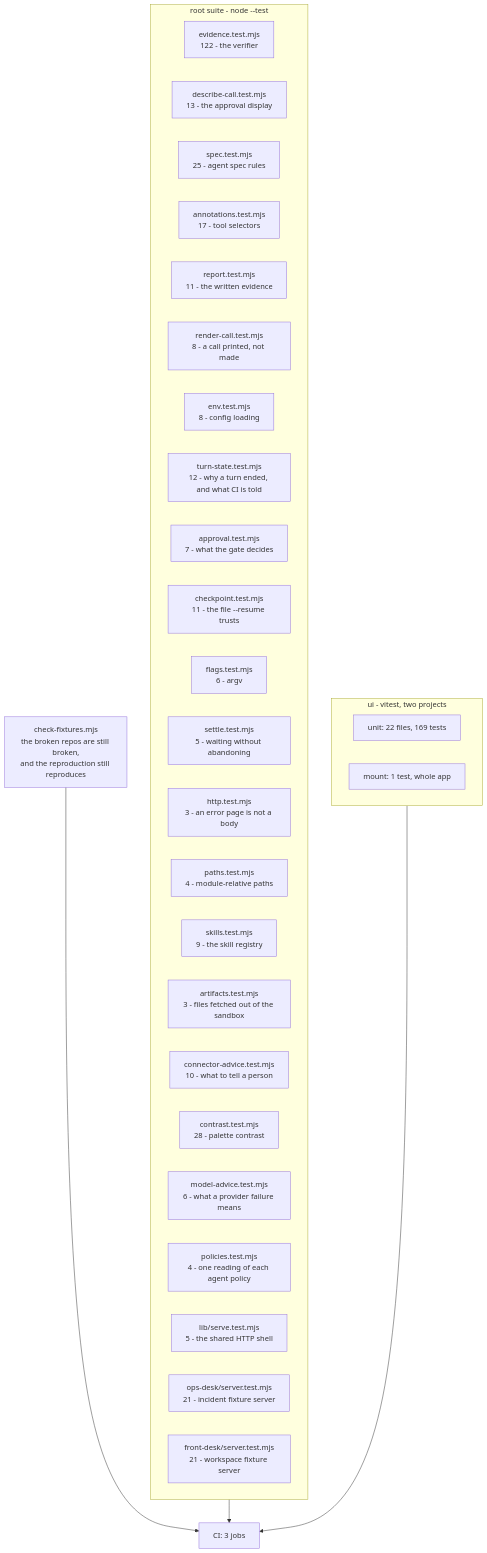
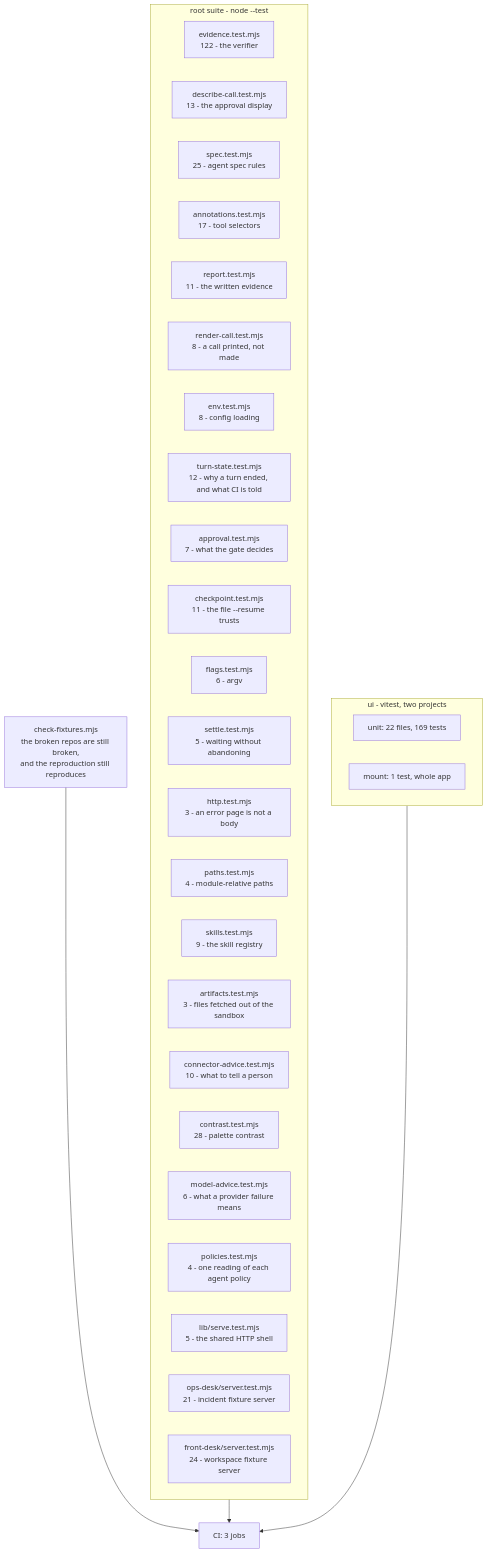
One commit to manumishra12/quartermaster changed the diagram in TESTING.md. Above: the diagram before and after it, drawn with Mermaid. The commit also changed other lines of this file and 6 other files, not shown here.

````diff
--- a/TESTING.md
+++ b/TESTING.md
@@ -30,39 +30,39 @@
 ```mermaid
 flowchart TD
   subgraph root["root suite - node --test"]
     EV["evidence.test.mjs<br/>122 - the verifier"]
     DC["describe-call.test.mjs<br/>13 - the approval display"]
     SP["spec.test.mjs<br/>25 - agent spec rules"]
     AN["annotations.test.mjs<br/>17 - tool selectors"]
     RP["report.test.mjs<br/>11 - the written evidence"]
     RC["render-call.test.mjs<br/>8 - a call printed, not made"]
     EN["env.test.mjs<br/>8 - config loading"]
     TS["turn-state.test.mjs<br/>12 - why a turn ended, and what CI is told"]
     AP["approval.test.mjs<br/>7 - what the gate decides"]
     CK["checkpoint.test.mjs<br/>11 - the file --resume trusts"]
     FL["flags.test.mjs<br/>6 - argv"]
     ST["settle.test.mjs<br/>5 - waiting without abandoning"]
     HT["http.test.mjs<br/>3 - an error page is not a body"]
     PA["paths.test.mjs<br/>4 - module-relative paths"]
     SK["skills.test.mjs<br/>9 - the skill registry"]
     AR["artifacts.test.mjs<br/>3 - files fetched out of the sandbox"]
     CA["connector-advice.test.mjs<br/>10 - what to tell a person"]
     CO["contrast.test.mjs<br/>28 - palette contrast"]
     MA["model-advice.test.mjs<br/>6 - what a provider failure means"]
     PO["policies.test.mjs<br/>4 - one reading of each agent policy"]
     SV["lib/serve.test.mjs<br/>5 - the shared HTTP shell"]
     OD["ops-desk/server.test.mjs<br/>21 - incident fixture server"]
-    FD["front-desk/server.test.mjs<br/>21 - workspace fixture server"]
+    FD["front-desk/server.test.mjs<br/>24 - workspace fixture server"]
   end
 
   subgraph ui["ui - vitest, two projects"]
     U1["unit: 22 files, 169 tests"]
     U2["mount: 1 test, whole app"]
   end
 
   FX["check-fixtures.mjs<br/>the broken repos are still broken,<br/>and the reproduction still reproduces"]
 
   root --> CI["CI: 3 jobs"]
   ui --> CI
   FX --> CI
 ```
````
